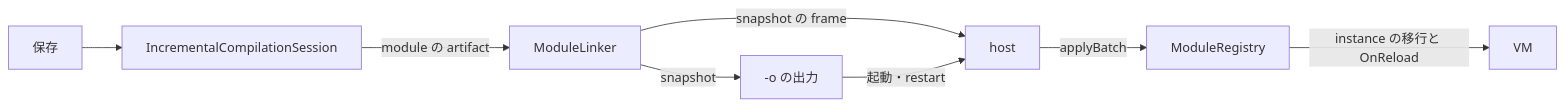
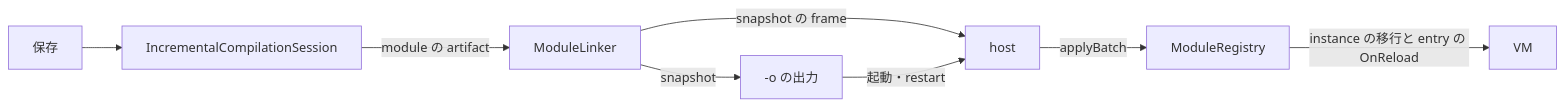
Before and after one commit to neguse/tcs: the diagram in doc/unified-reload-design.md, drawn with Mermaid. The commit also changed other lines of this file and 7 other files, not shown here.

First line of the commit message:
feat: reload で instance method の OnReload を呼ばない

````diff
--- a/doc/unified-reload-design.md
+++ b/doc/unified-reload-design.md
@@ -35,10 +35,10 @@
 ```mermaid
 flowchart LR
   E[保存] --> S[IncrementalCompilationSession]
   S -->|module の artifact| L[ModuleLinker]
   L -->|snapshot| O[-o の出力]
   L -->|snapshot の frame| H[host]
   O -->|起動・restart| H
   H -->|applyBatch| R[ModuleRegistry]
-  R -->|instance の移行と OnReload| V[VM]
+  R -->|instance の移行と entry の OnReload| V[VM]
 ```
````
